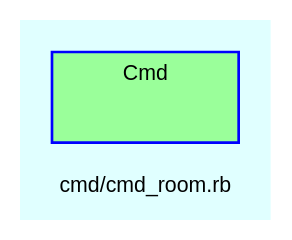
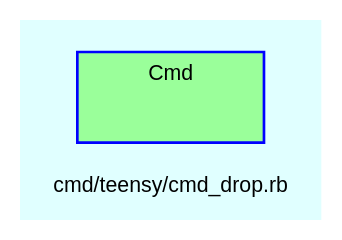
Before and after one commit to Tyche/teensymud: the diagram in doc/dot/f_52.dot, drawn with Graphviz. The commit also changed 297 other files, not shown here.

```diff
--- a/doc/dot/f_52.dot
+++ b/doc/dot/f_52.dot
@@ -1,29 +1,29 @@
 digraph TopLevel {
     compound = true
     bgcolor = lightcyan1
     fontname = Arial
     fontsize = 8
-    label = "cmd/cmd_room.rb"
+    label = "cmd/teensy/cmd_drop.rb"
     node [
         fontname = Arial,
         fontsize = 8,
         color = black
     ]
 
     subgraph cluster_Cmd {
         fillcolor = palegreen1
         URL = "classes/Cmd.html"
         fontname = Arial
         color = blue
         label = "Cmd"
         style = filled
         Cmd [
             shape = plaintext,
             height = 0.01,
             width = 0.75,
             label = ""
         ]
 
     }
 
 }
```
